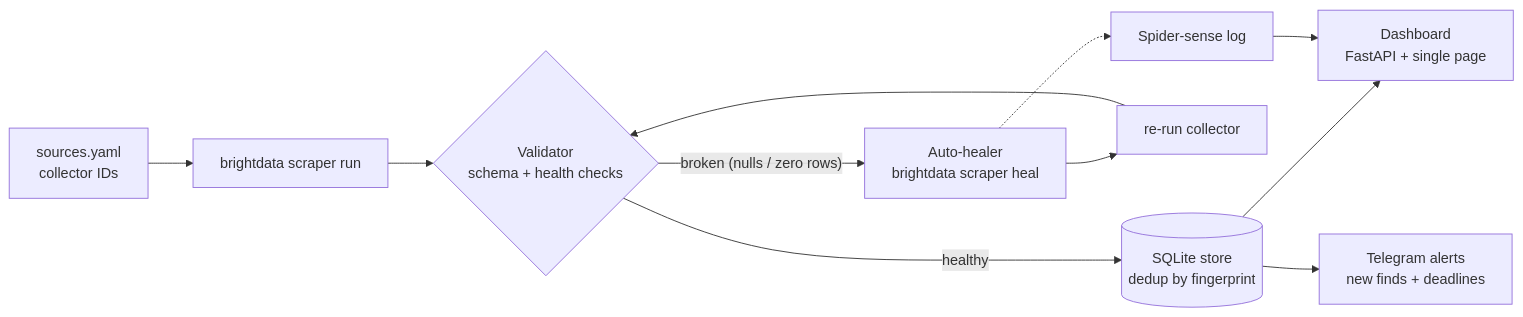
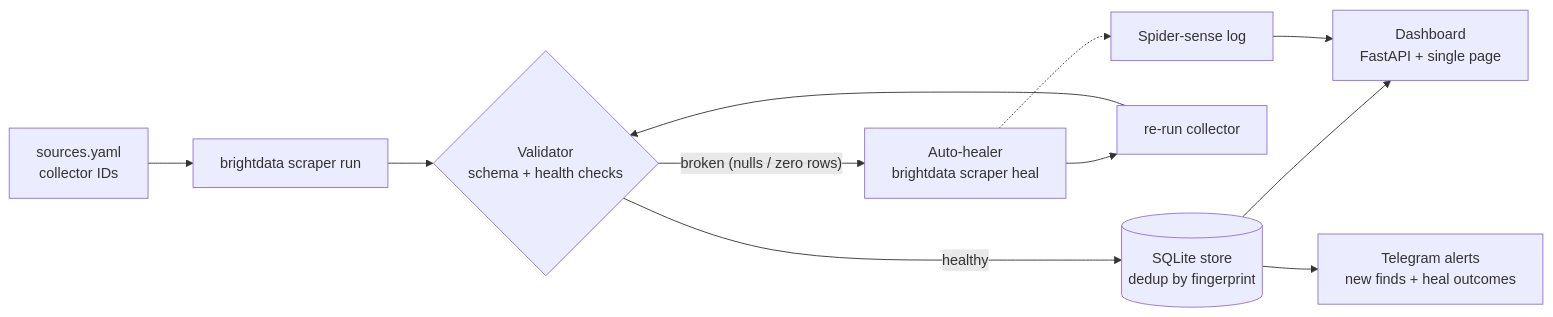
One commit to yashksaini-coder/opportunity-radar changed the diagram in README.md. Above: the diagram before and after it, drawn with Mermaid. The commit also changed other lines of this file and 15 other files, not shown here.

First line of the commit message:
docs: README banner, heal-loop figure, dashboard shots and demo gif, generated from the pipeline

````diff
--- a/README.md
+++ b/README.md
@@ -21,12 +60,12 @@
 ```mermaid
 flowchart LR
     A[sources.yaml<br/>collector IDs] --> B[brightdata scraper run]
     B --> C{Validator<br/>schema + health checks}
     C -- healthy --> D[(SQLite store<br/>dedup by fingerprint)]
     C -- "broken (nulls / zero rows)" --> E[Auto-healer<br/>brightdata scraper heal]
     E --> B2[re-run collector] --> C
     E -.-> F[Spider-sense log]
     D --> G[Dashboard<br/>FastAPI + single page]
-    D --> H[Telegram alerts<br/>new finds + deadlines]
+    D --> H[Telegram alerts<br/>new finds + heal outcomes]
     F --> G
 ```
````
